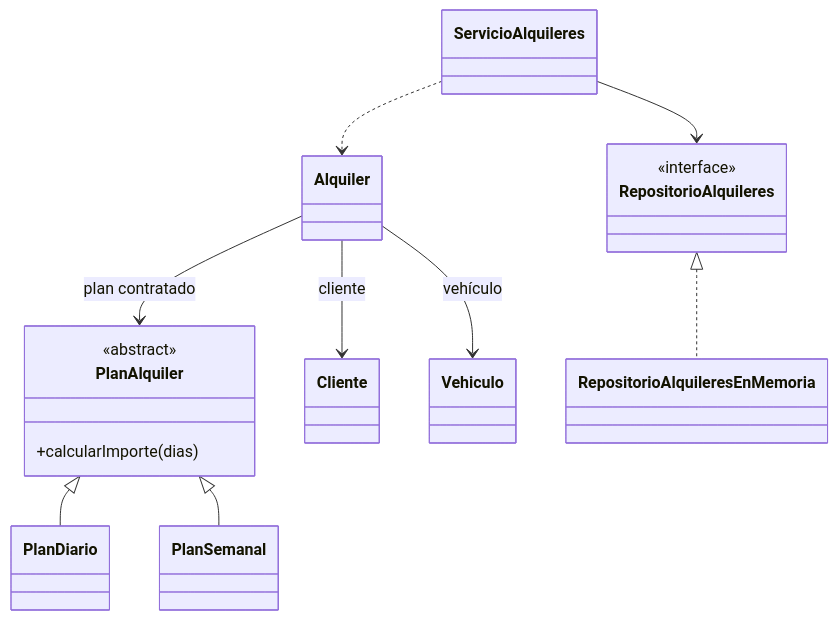
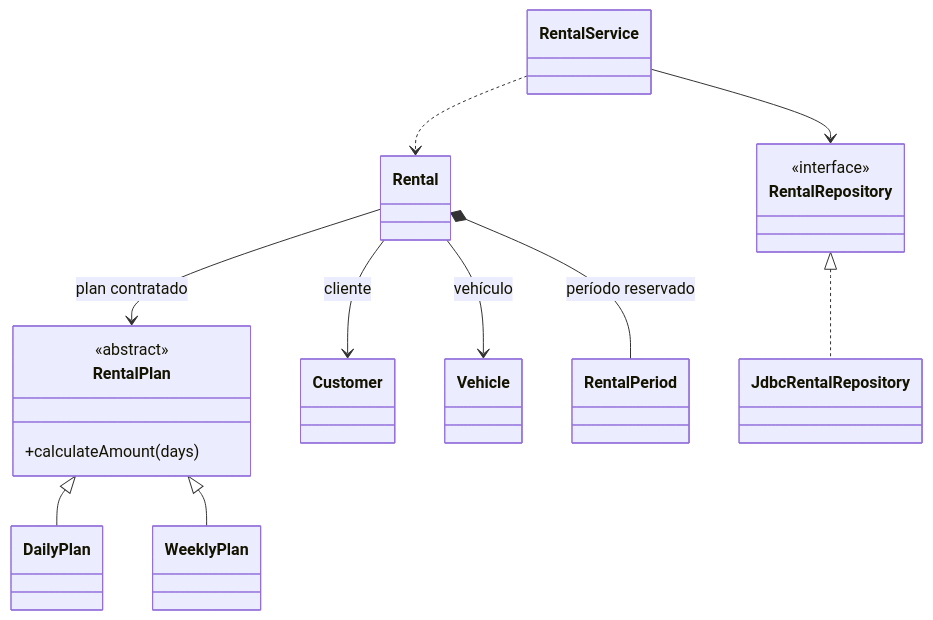
Before and after one commit to JosephPerez725/proyecto-final-poo: the diagram in README.md, drawn with Mermaid. The commit also changed other lines of this file, not shown here.

Commit message:
actualizacion de propuesta.

````diff
--- a/README.md
+++ b/README.md
@@ -70,18 +74,19 @@
 ```mermaid
 classDiagram
-    class PlanAlquiler {
+    class RentalPlan {
         <<abstract>>
-        +calcularImporte(dias)
+        +calculateAmount(days)
     }
-    class RepositorioAlquileres {
+    class RentalRepository {
         <<interface>>
     }
-    PlanAlquiler <|-- PlanDiario
-    PlanAlquiler <|-- PlanSemanal
-    Alquiler --> PlanAlquiler : plan contratado
-    Alquiler --> Cliente : cliente
-    Alquiler --> Vehiculo : vehículo
-    ServicioAlquileres ..> Alquiler
-    ServicioAlquileres --> RepositorioAlquileres
-    RepositorioAlquileres <|.. RepositorioAlquileresEnMemoria
+    RentalPlan <|-- DailyPlan
+    RentalPlan <|-- WeeklyPlan
+    Rental --> RentalPlan : plan contratado
+    Rental --> Customer : cliente
+    Rental --> Vehicle : vehículo
+    Rental *-- RentalPeriod : período reservado
+    RentalService ..> Rental
+    RentalService --> RentalRepository
+    RentalRepository <|.. JdbcRentalRepository
 ```
````
